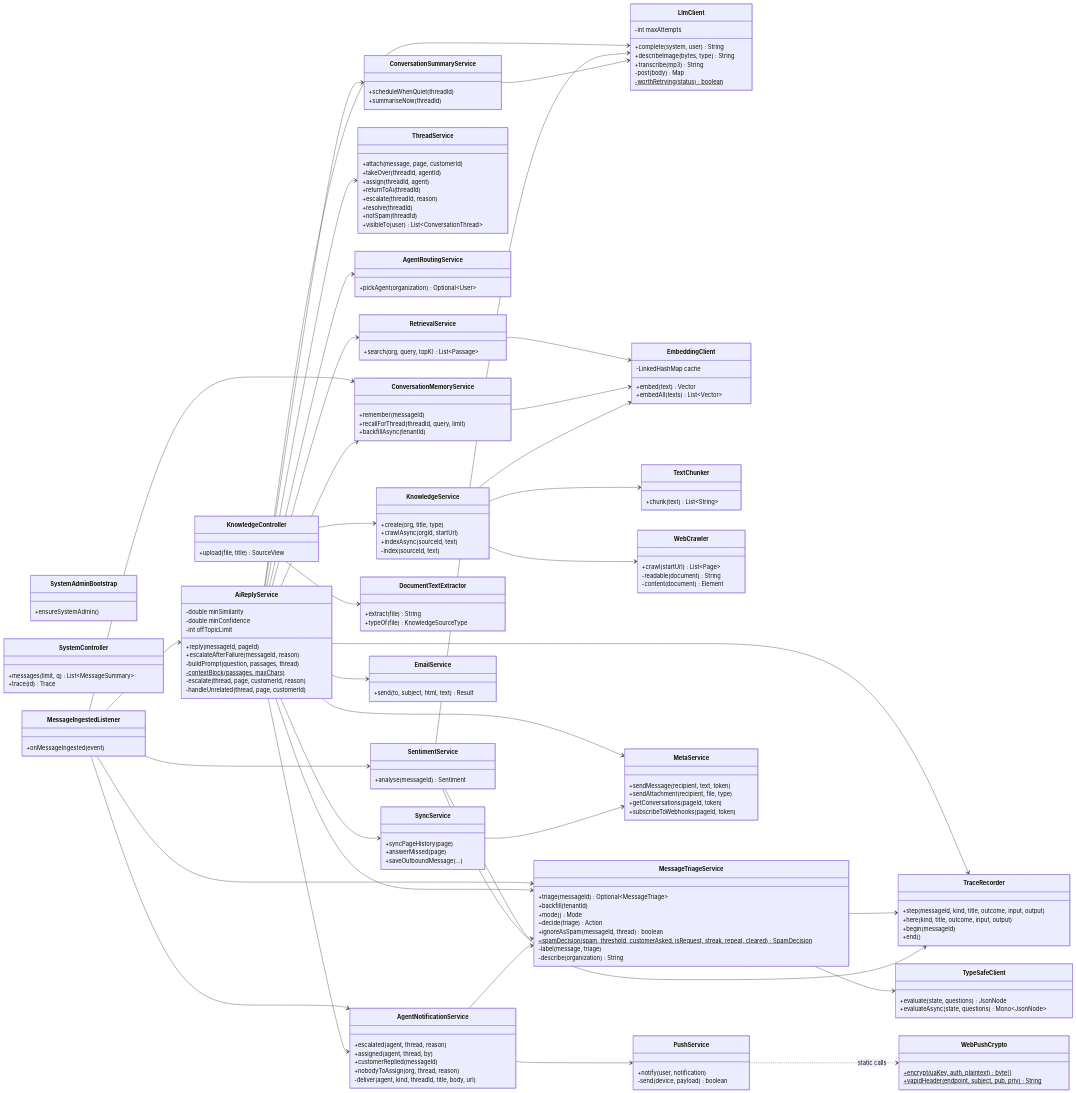
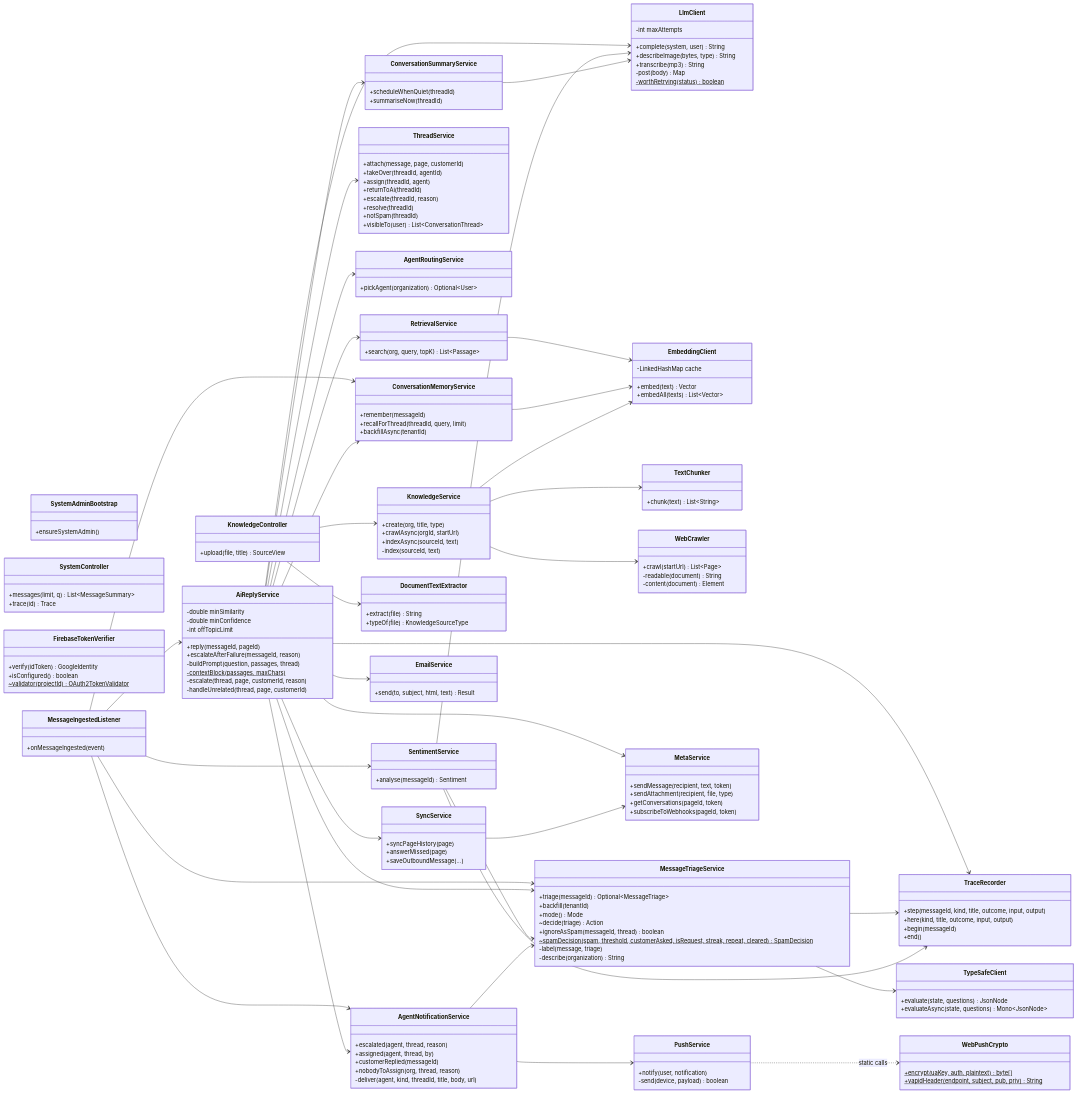
Before and after one commit to SayubShakya/eksamadhan-ai: the second of 2 diagrams in docs/system-design/new-system-design/class-diagram/README.md, drawn with Mermaid. The commit also changed other lines of this file and 48 other files, not shown here.

Commit message:
feat: sign in with Google through Firebase Authentication

```diff
--- a/docs/system-design/new-system-design/class-diagram/README.md
+++ b/docs/system-design/new-system-design/class-diagram/README.md
@@ -432,6 +433,12 @@
         +trace(id) Trace
     }
 
+    class FirebaseTokenVerifier {
+        +verify(idToken) GoogleIdentity
+        +isConfigured() boolean
+        ~validator(projectId)$ OAuth2TokenValidator
+    }
+
     class TypeSafeClient {
         +evaluate(state, questions) JsonNode
         +evaluateAsync(state, questions) Mono~JsonNode~
```
